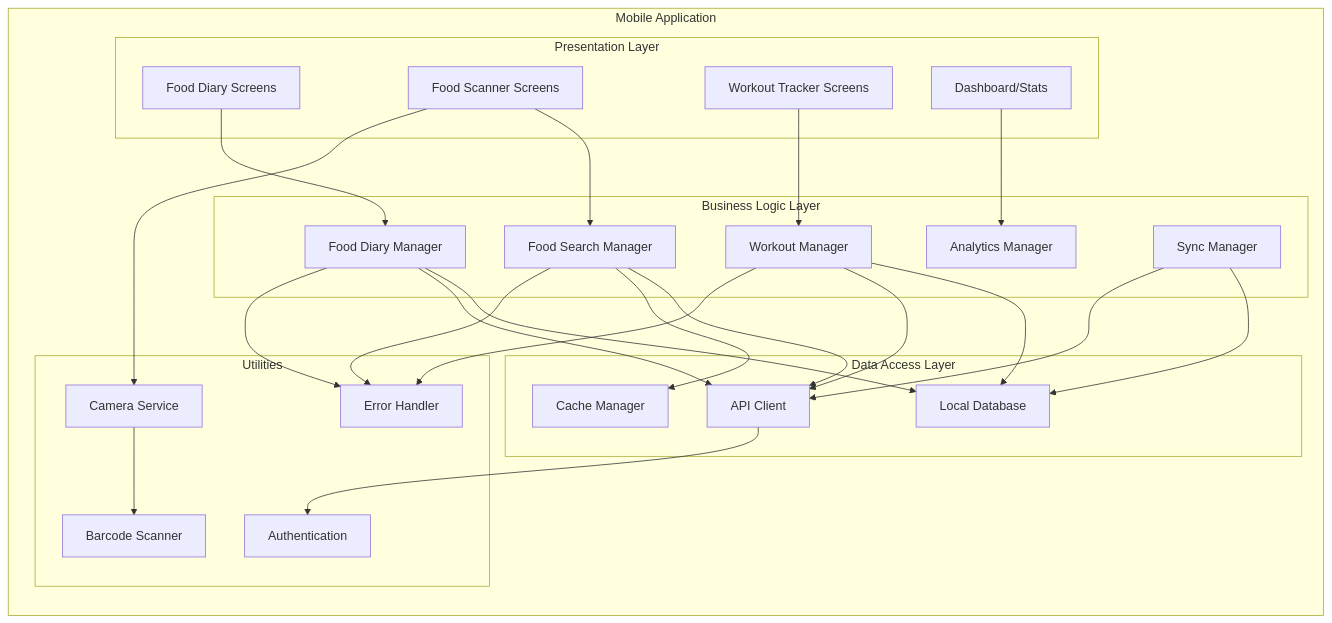
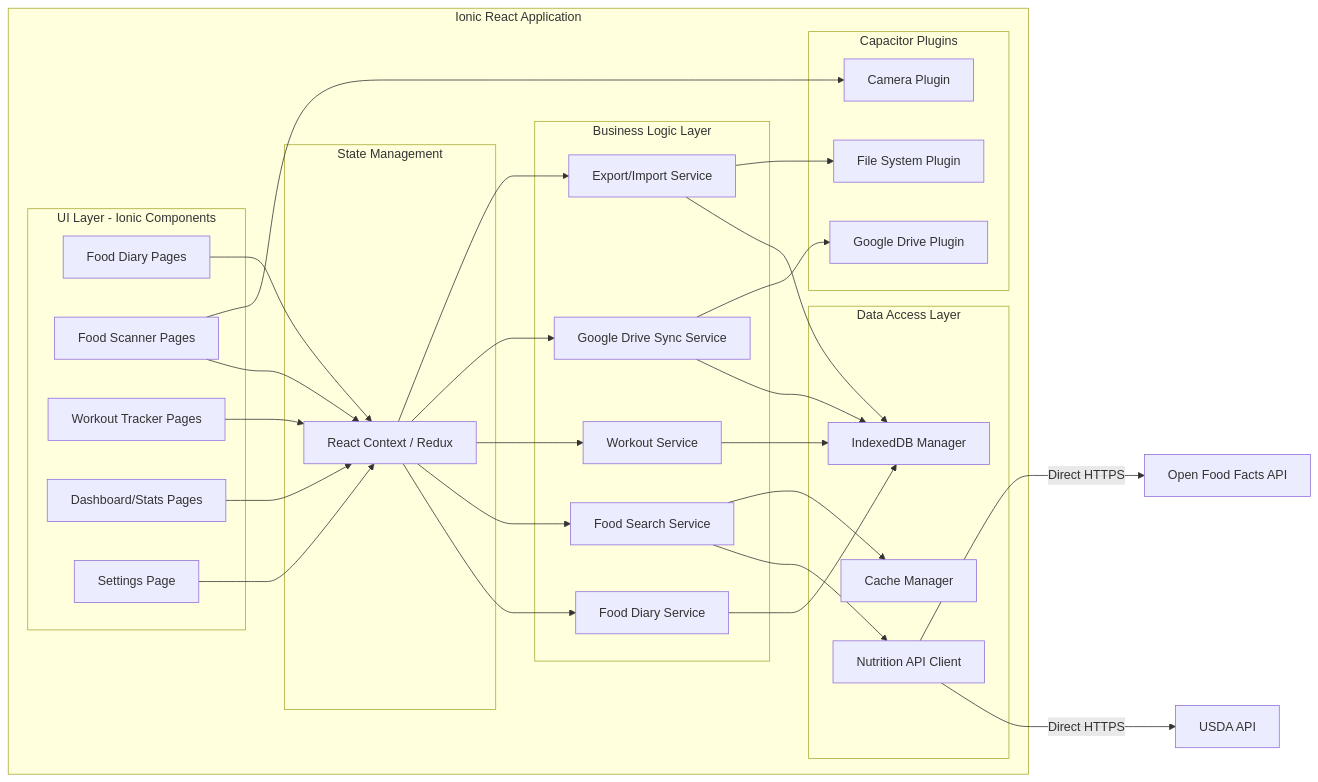
The third of 9 diagrams in project/ARCHITECTURE.md (mydesignbuddy/Keyston), drawn with Mermaid before and after one commit. The commit also changed other lines of this file and 3 other files, not shown here.

Commit message:
Update architecture to privacy-first Ionic+React with no backend

````diff
--- a/project/ARCHITECTURE.md
+++ b/project/ARCHITECTURE.md
@@ -162,54 +144,62 @@
 ```mermaid
 graph LR
-    subgraph "Mobile Application"
-        subgraph "Presentation Layer"
-            UI1[Food Diary Screens]
-            UI2[Food Scanner Screens]
-            UI3[Workout Tracker Screens]
-            UI4[Dashboard/Stats]
+    subgraph "Ionic React Application"
+        subgraph "UI Layer - Ionic Components"
+            UI1[Food Diary Pages]
+            UI2[Food Scanner Pages]
+            UI3[Workout Tracker Pages]
+            UI4[Dashboard/Stats Pages]
+            UI5[Settings Page]
+        end
+        
+        subgraph "State Management"
+            STATE[React Context / Redux]
         end
         
         subgraph "Business Logic Layer"
-            BL1[Food Diary Manager]
-            BL2[Food Search Manager]
-            BL3[Workout Manager]
-            BL4[Sync Manager]
-            BL5[Analytics Manager]
+            BL1[Food Diary Service]
+            BL2[Food Search Service]
+            BL3[Workout Service]
+            BL4[Google Drive Sync Service]
+            BL5[Export/Import Service]
         end
         
         subgraph "Data Access Layer"
-            DAL1[Local Database]
-            DAL2[API Client]
+            DAL1[IndexedDB Manager]
+            DAL2[Nutrition API Client]
             DAL3[Cache Manager]
         end
         
-        subgraph "Utilities"
-            U1[Camera Service]
-            U2[Barcode Scanner]
-            U3[Authentication]
-            U4[Error Handler]
+        subgraph "Capacitor Plugins"
+            CAP1[Camera Plugin]
+            CAP2[Google Drive Plugin]
+            CAP3[File System Plugin]
         end
     end
     
-    UI1 --> BL1
-    UI2 --> BL2
-    UI3 --> BL3
-    UI4 --> BL5
+    UI1 --> STATE
+    UI2 --> STATE
+    UI3 --> STATE
+    UI4 --> STATE
+    UI5 --> STATE
+    
+    STATE --> BL1
+    STATE --> BL2
+    STATE --> BL3
+    STATE --> BL4
+    STATE --> BL5
     
     BL1 --> DAL1
-    BL1 --> DAL2
     BL2 --> DAL2
     BL2 --> DAL3
     BL3 --> DAL1
-    BL3 --> DAL2
     BL4 --> DAL1
-    BL4 --> DAL2
+    BL5 --> DAL1
     
-    UI2 --> U1
-    U1 --> U2
-    DAL2 --> U3
+    UI2 --> CAP1
+    BL4 --> CAP2
+    BL5 --> CAP3
     
-    BL1 --> U4
-    BL2 --> U4
-    BL3 --> U4
+    DAL2 -->|Direct HTTPS| EXT1[USDA API]
+    DAL2 -->|Direct HTTPS| EXT2[Open Food Facts API]
 ```
````
